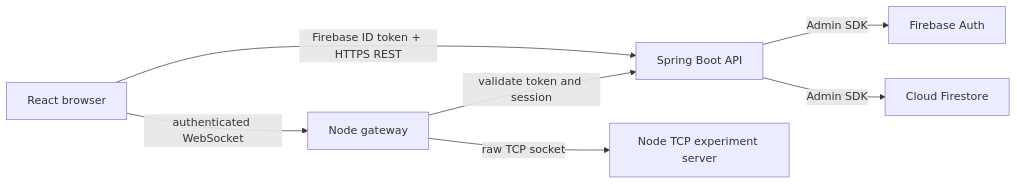
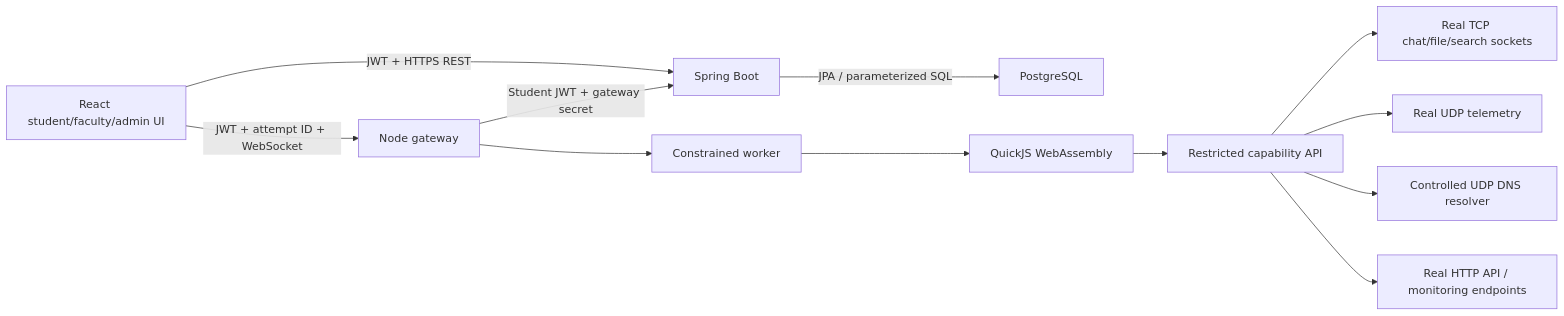
One commit to abhipatil1403/lablink changed the diagram in docs/architecture.md. Above: the diagram before and after it, drawn with Mermaid. The commit also changed other lines of this file and 41 other files, not shown here.

````diff
--- a/docs/architecture.md
+++ b/docs/architecture.md
@@ -3,9 +3,14 @@
 ```mermaid
 flowchart LR
-    Browser[React browser] -->|Firebase ID token + HTTPS REST| API[Spring Boot API]
-    API -->|Admin SDK| Auth[Firebase Auth]
-    API -->|Admin SDK| Store[Cloud Firestore]
-    Browser -->|authenticated WebSocket| Gateway[Node gateway]
-    Gateway -->|validate token and session| API
-    Gateway -->|raw TCP socket| TCP[Node TCP experiment server]
+  Browser["React student/faculty/admin UI"] -->|JWT + HTTPS REST| API["Spring Boot"]
+  API -->|JPA / parameterized SQL| DB["PostgreSQL"]
+  Browser -->|JWT + attempt ID + WebSocket| Gateway["Node gateway"]
+  Gateway -->|Student JWT + gateway secret| API
+  Gateway --> Worker["Constrained worker"]
+  Worker --> Interpreter["QuickJS WebAssembly"]
+  Interpreter --> Capabilities["Restricted capability API"]
+  Capabilities --> TCP["Real TCP chat/file/search sockets"]
+  Capabilities --> UDP["Real UDP telemetry"]
+  Capabilities --> DNS["Controlled UDP DNS resolver"]
+  Capabilities --> HTTP["Real HTTP API / monitoring endpoints"]
 ```
````
